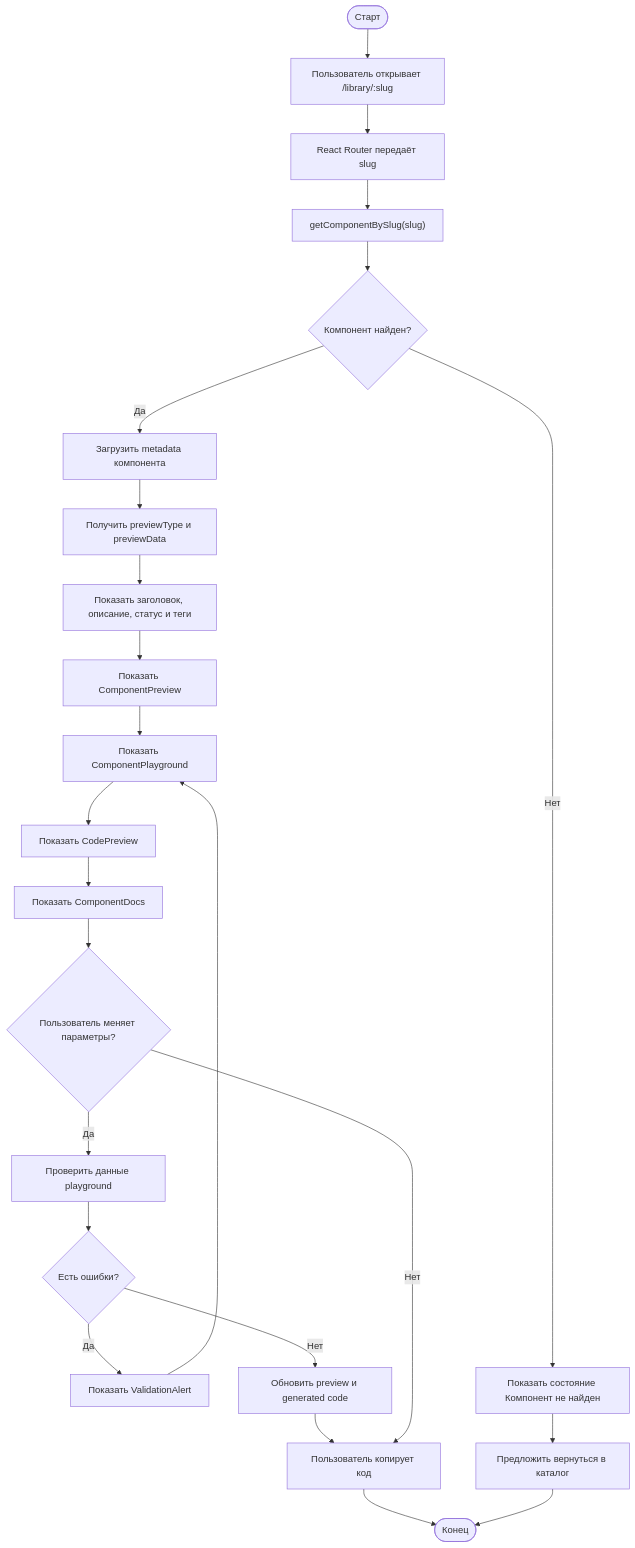
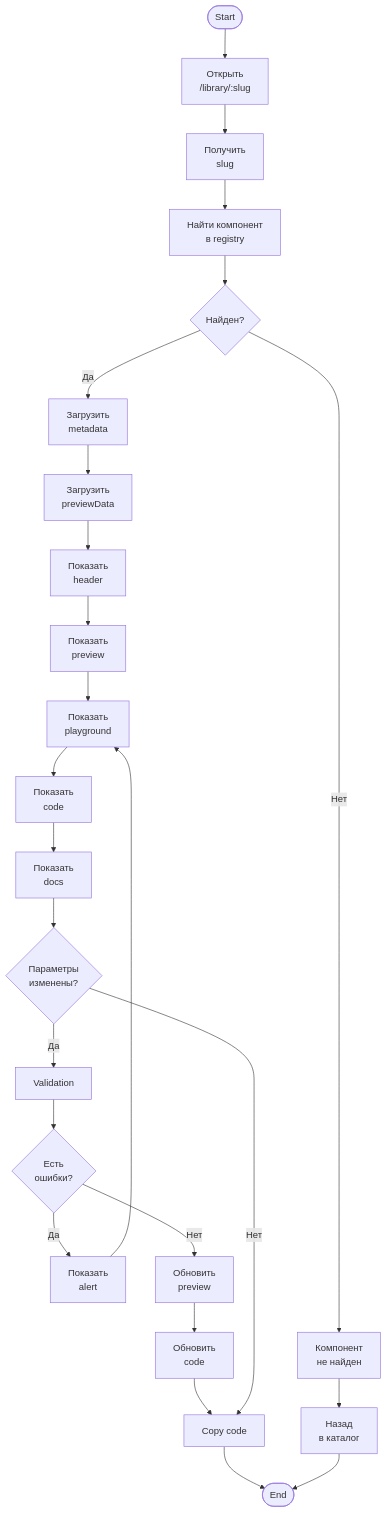
Before and after one commit to 4Raus/GridiFy: the third of 8 diagrams in README.md, drawn with Mermaid. The commit also changed other lines of this file, not shown here.

````diff
--- a/README.md
+++ b/README.md
@@ -479,29 +475,33 @@
 ```mermaid
 flowchart TD
-    Start([Старт]) --> OpenPage["Пользователь открывает /library/:slug"]
-    OpenPage --> Router["React Router передаёт slug"]
-    Router --> FindComponent["getComponentBySlug(slug)"]
-    FindComponent --> Decision{"Компонент найден?"}
+    Start([Start]) --> A["Открыть<br/>/library/:slug"]
+    A --> B["Получить<br/>slug"]
+    B --> C["Найти компонент<br/>в registry"]
+    C --> D{"Найден?"}
 
-    Decision -- Да --> LoadMetadata["Загрузить metadata компонента"]
-    LoadMetadata --> LoadPreview["Получить previewType и previewData"]
-    LoadPreview --> RenderHeader["Показать заголовок, описание, статус и теги"]
-    RenderHeader --> RenderPreview["Показать ComponentPreview"]
-    RenderPreview --> RenderPlayground["Показать ComponentPlayground"]
-    RenderPlayground --> RenderCode["Показать CodePreview"]
-    RenderCode --> RenderDocs["Показать ComponentDocs"]
+    D -- "Да" --> E["Загрузить<br/>metadata"]
+    E --> F["Загрузить<br/>previewData"]
+    F --> G["Показать<br/>header"]
+    G --> H["Показать<br/>preview"]
+    H --> I["Показать<br/>playground"]
+    I --> J["Показать<br/>code"]
+    J --> K["Показать<br/>docs"]
 
-    RenderDocs --> UserChanges{"Пользователь меняет параметры?"}
-    UserChanges -- Да --> Validate["Проверить данные playground"]
-    Validate --> HasErrors{"Есть ошибки?"}
-    HasErrors -- Да --> ShowErrors["Показать ValidationAlert"]
-    HasErrors -- Нет --> UpdatePreview["Обновить preview и generated code"]
-    ShowErrors --> RenderPlayground
-    UpdatePreview --> CopyCode["Пользователь копирует код"]
-    UserChanges -- Нет --> CopyCode
-    CopyCode --> End([Конец])
+    K --> L{"Параметры<br/>изменены?"}
+    L -- "Да" --> M["Validation"]
+    M --> N{"Есть<br/>ошибки?"}
 
-    Decision -- Нет --> NotFound["Показать состояние Компонент не найден"]
-    NotFound --> BackToCatalog["Предложить вернуться в каталог"]
-    BackToCatalog --> End
+    N -- "Да" --> O["Показать<br/>alert"]
+    O --> I
+
+    N -- "Нет" --> P["Обновить<br/>preview"]
+    P --> Q["Обновить<br/>code"]
+    Q --> R["Copy code"]
+    L -- "Нет" --> R
+
+    D -- "Нет" --> S["Компонент<br/>не найден"]
+    S --> T["Назад<br/>в каталог"]
+
+    R --> End([End])
+    T --> End
 ```
````
